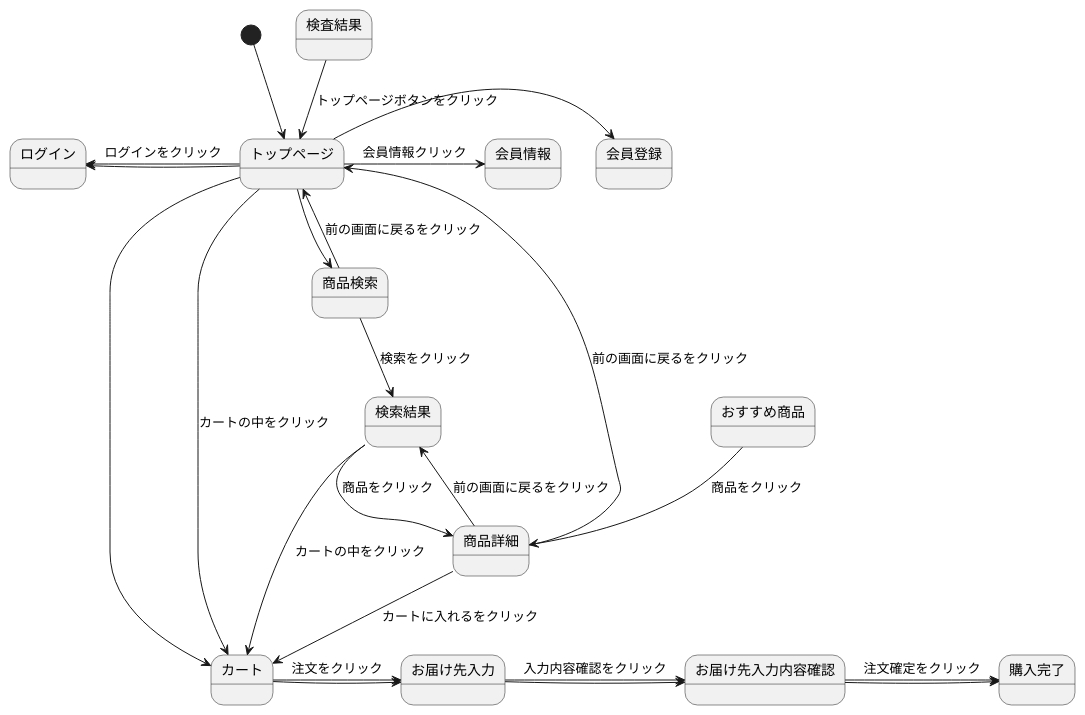
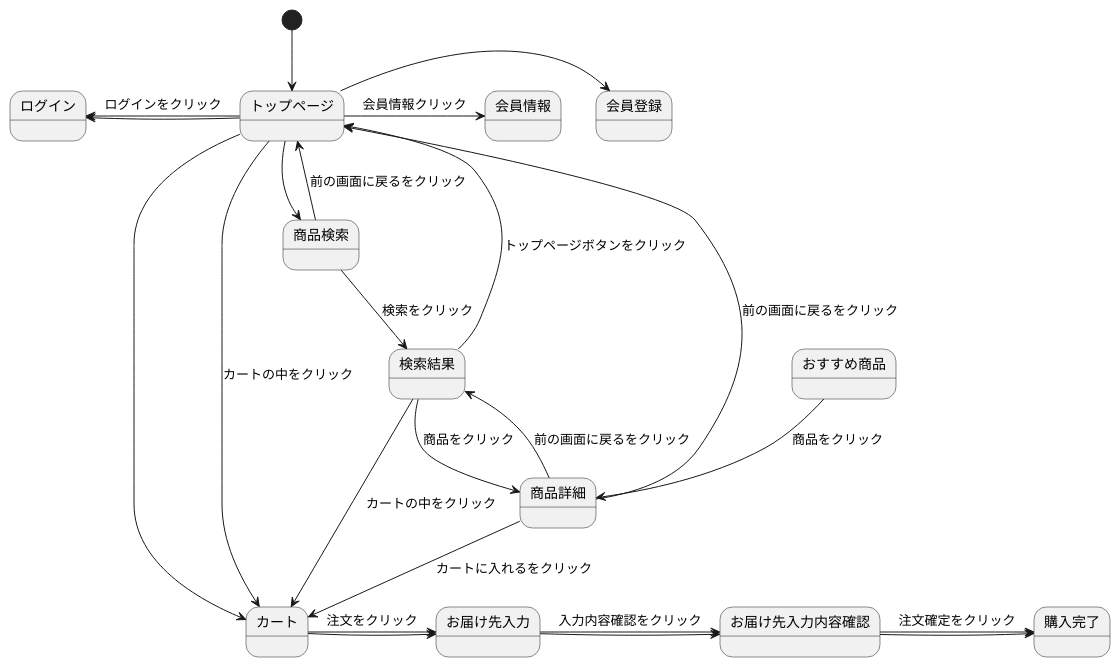
One commit to Aso2001163/2021sys-design changed the diagram in myhp.md. Above: the diagram before and after it, drawn with PlantUML.

````diff
--- a/myhp.md
+++ b/myhp.md
@@ -1,28 +1,28 @@
 ```uml
 @startuml
 [*] --> トップページ
 トップページ -> 会員登録
 トップページ -left-> ログイン
 トップページ --> カート
 トップページ -->商品検索
 商品検索-->検索結果 :検索をクリック
 商品検索-->トップページ : 前の画面に戻るをクリック
 検索結果-->カート :カートの中をクリック
 検索結果-->商品詳細 : 商品をクリック
-検査結果-->トップページ : トップページボタンをクリック
+検索結果-->トップページ : トップページボタンをクリック
 
 カート -> お届け先入力
 お届け先入力 -> お届け先入力内容確認
 お届け先入力内容確認 -> 購入完了
 トップページ -> 会員情報 : 会員情報クリック
 トップページ -left-> ログイン : ログインをクリック
 おすすめ商品 --> 商品詳細 : 商品をクリック
 トップページ --> カート : カートの中をクリック
 商品詳細 --> カート : カートに入れるをクリック
 商品詳細 --> トップページ : 前の画面に戻るをクリック
 商品詳細-->検索結果 : 前の画面に戻るをクリック
 カート -> お届け先入力 : 注文をクリック
 お届け先入力 -> お届け先入力内容確認 : 入力内容確認をクリック
 お届け先入力内容確認 -> 購入完了 : 注文確定をクリック
 @enduml
 ```
````
